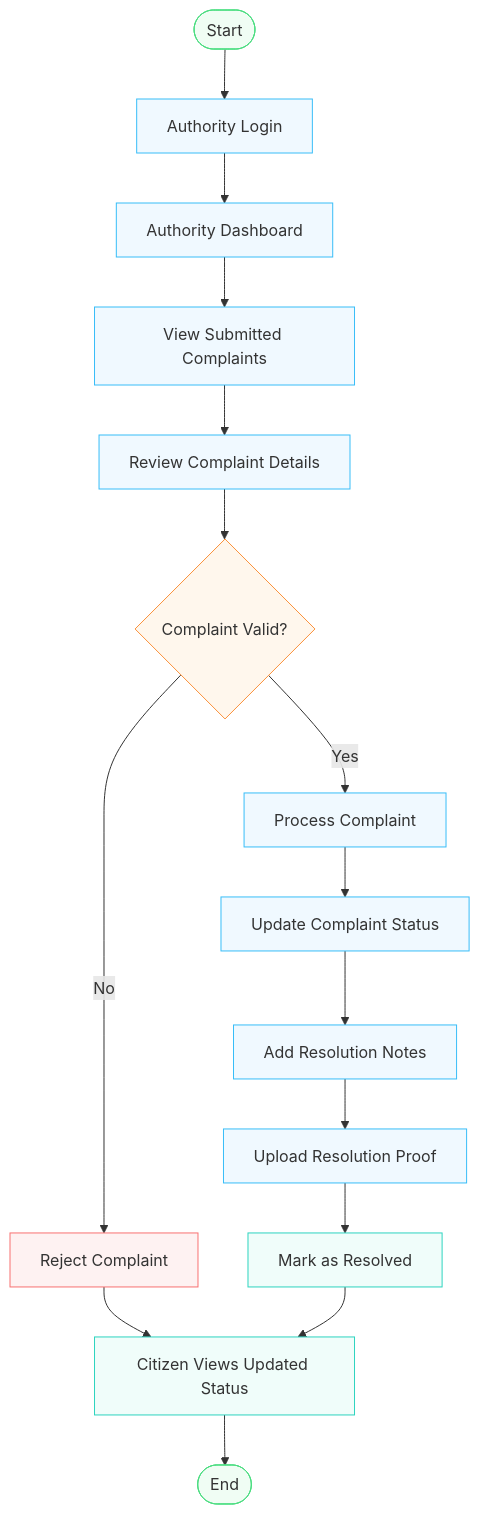
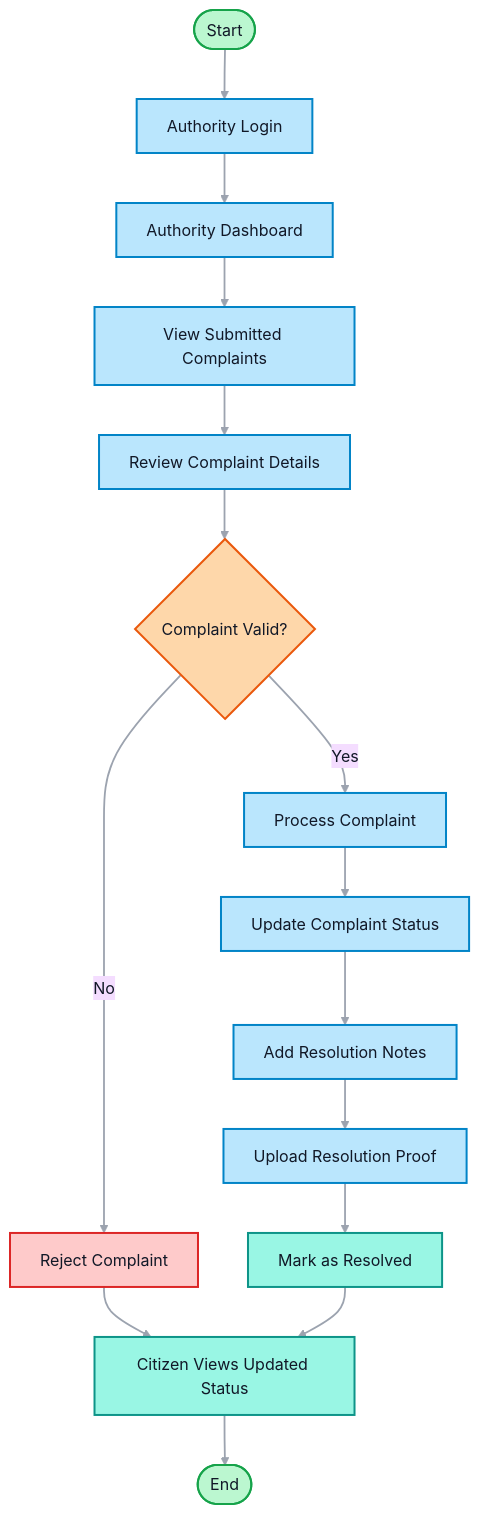
Before and after one commit to tanmayskotadia/ResolveOne: the third of 4 diagrams in README.md, drawn with Mermaid. The commit also changed other lines of this file, not shown here.

Commit message:
Updated Mermaid Diagrams

````diff
--- a/README.md
+++ b/README.md
@@ -173,44 +176,49 @@
 ```mermaid
+%%{init: {'theme': 'base', 'themeVariables': {'background': 'transparent', 'primaryTextColor': '#111827', 'lineColor': '#9CA3AF', 'fontFamily': 'Arial'}}}%%
 flowchart TD
     A([Start])
     B[Authority Login]
     C[Authority Dashboard]
     D[View Submitted Complaints]
     E[Review Complaint Details]
     F{Complaint Valid?}
     G[Reject Complaint]
     H[Process Complaint]
     I[Update Complaint Status]
     J[Add Resolution Notes]
     K[Upload Resolution Proof]
     L[Mark as Resolved]
     M[Citizen Views Updated Status]
     N([End])
 
     A --> B
     B --> C
     C --> D
     D --> E
     E --> F
+
     F -->|No| G
     G --> M
+
     F -->|Yes| H
     H --> I
     I --> J
     J --> K
     K --> L
     L --> M
     M --> N
 
-    classDef startEnd stroke:#4ade80,fill:#f0fdf4
-    classDef authority stroke:#38bdf8,fill:#f0f9ff
-    classDef decision stroke:#fb923c,fill:#fff7ed
-    classDef rejected stroke:#f87171,fill:#fef2f2
-    classDef resolved stroke:#2dd4bf,fill:#f0fdfa
+    classDef startEnd fill:#bbf7d0,stroke:#16a34a,color:#111827,stroke-width:2px
+    classDef authority fill:#bae6fd,stroke:#0284c7,color:#111827,stroke-width:2px
+    classDef decision fill:#fed7aa,stroke:#ea580c,color:#111827,stroke-width:2px
+    classDef rejected fill:#fecaca,stroke:#dc2626,color:#111827,stroke-width:2px
+    classDef resolved fill:#99f6e4,stroke:#0d9488,color:#111827,stroke-width:2px
 
     class A,N startEnd
     class B,C,D,E,H,I,J,K authority
     class F decision
     class G rejected
     class L,M resolved
+
+    linkStyle default stroke:#9CA3AF,stroke-width:1.8px
 ```
````
